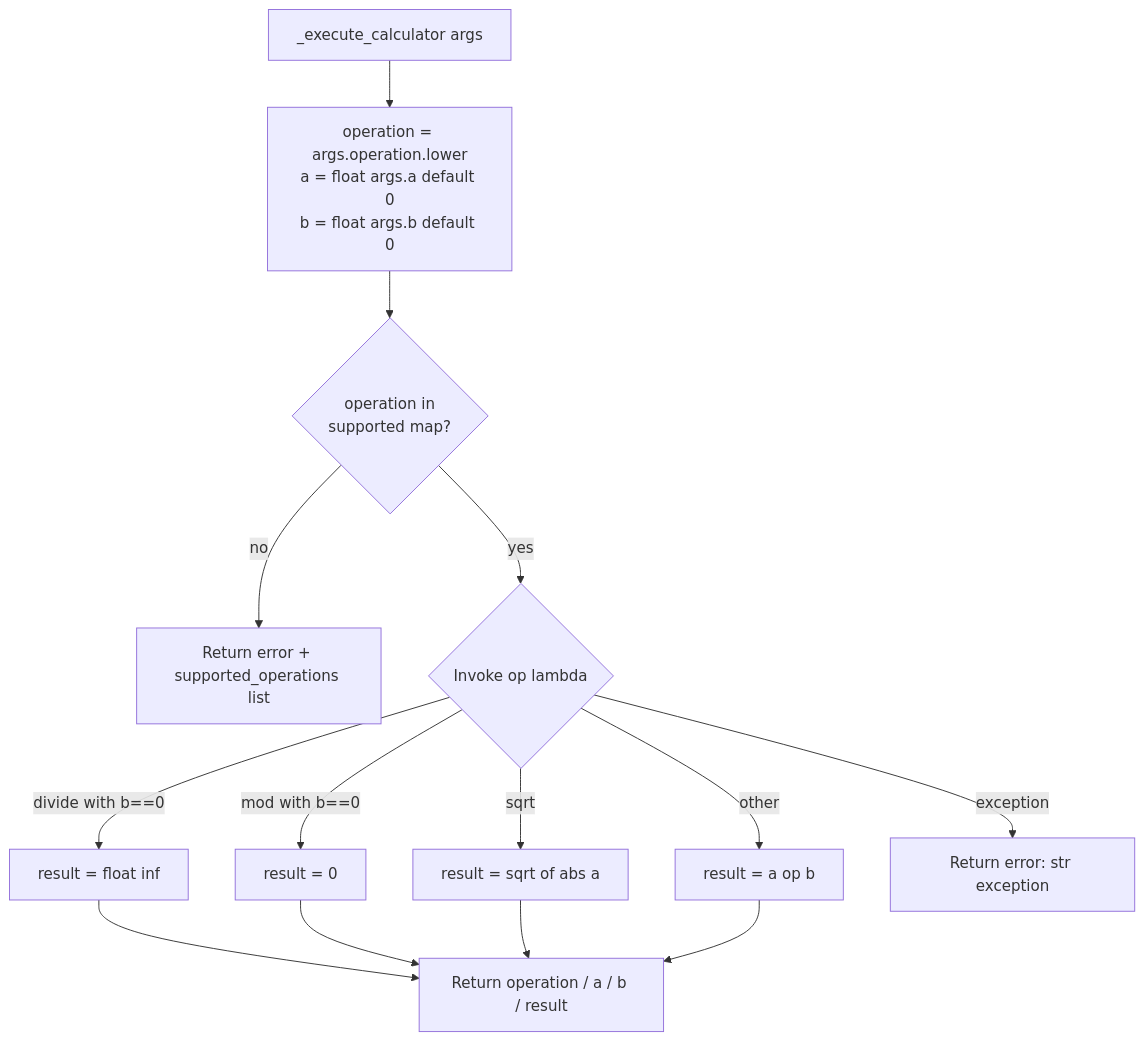
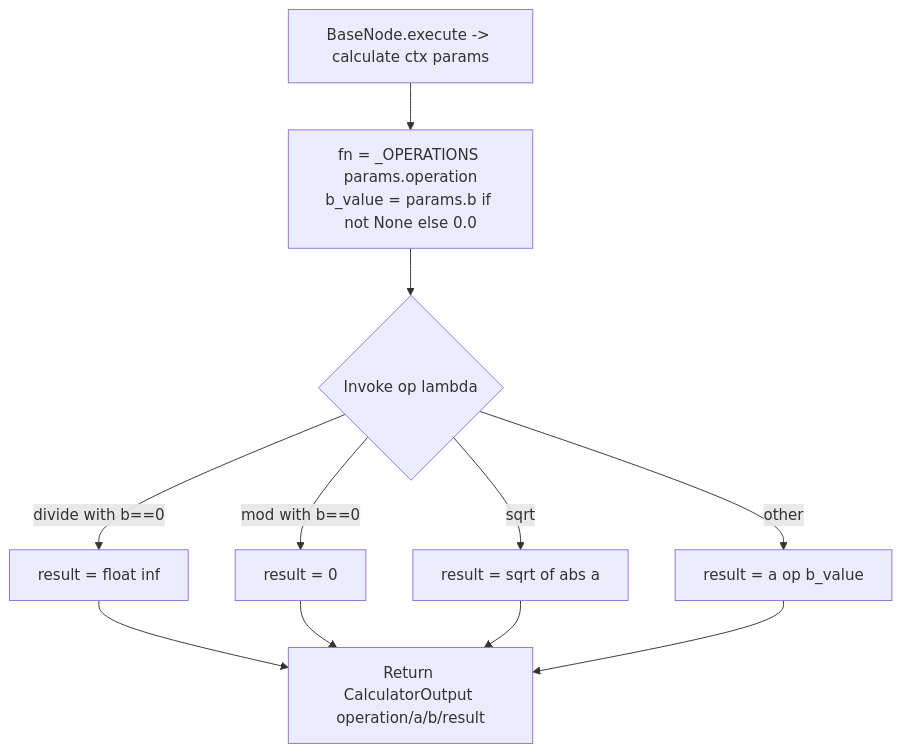
Before and after one commit to zeenie-ai/OpenCompany: the diagram in docs-internal/node-logic-flows/ai_tools/calculatorTool.md, drawn with Mermaid. The commit also changed other lines of this file and 132 other files, not shown here.

````diff
--- a/docs-internal/node-logic-flows/ai_tools/calculatorTool.md
+++ b/docs-internal/node-logic-flows/ai_tools/calculatorTool.md
@@ -72,16 +61,13 @@
 ```mermaid
 flowchart TD
-  A[_execute_calculator args] --> B[operation = args.operation.lower<br/>a = float args.a default 0<br/>b = float args.b default 0]
-  B --> C{operation in<br/>supported map?}
-  C -- no --> Eunknown[Return error + supported_operations list]
-  C -- yes --> D{Invoke op lambda}
+  A[BaseNode.execute -> calculate ctx params] --> B[fn = _OPERATIONS params.operation<br/>b_value = params.b if not None else 0.0]
+  B --> D{Invoke op lambda}
   D -- divide with b==0 --> Finf[result = float inf]
   D -- mod with b==0 --> Fmod[result = 0]
   D -- sqrt --> Fsqrt[result = sqrt of abs a]
-  D -- other --> Fok[result = a op b]
-  D -- exception --> Eexc[Return error: str exception]
-  Finf --> R[Return operation / a / b / result]
+  D -- other --> Fok[result = a op b_value]
+  Finf --> R[Return CalculatorOutput operation/a/b/result]
   Fmod --> R
   Fsqrt --> R
   Fok --> R
 ```
````
